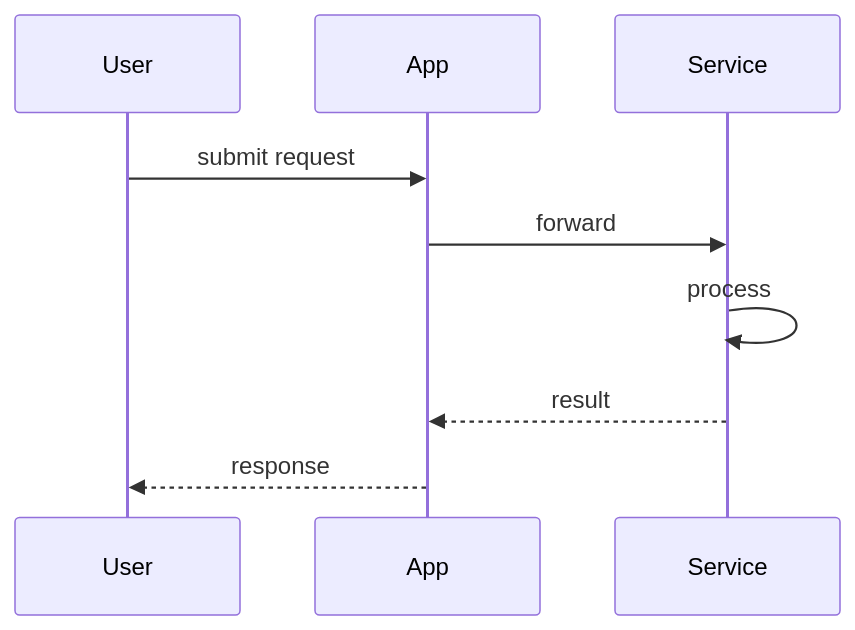
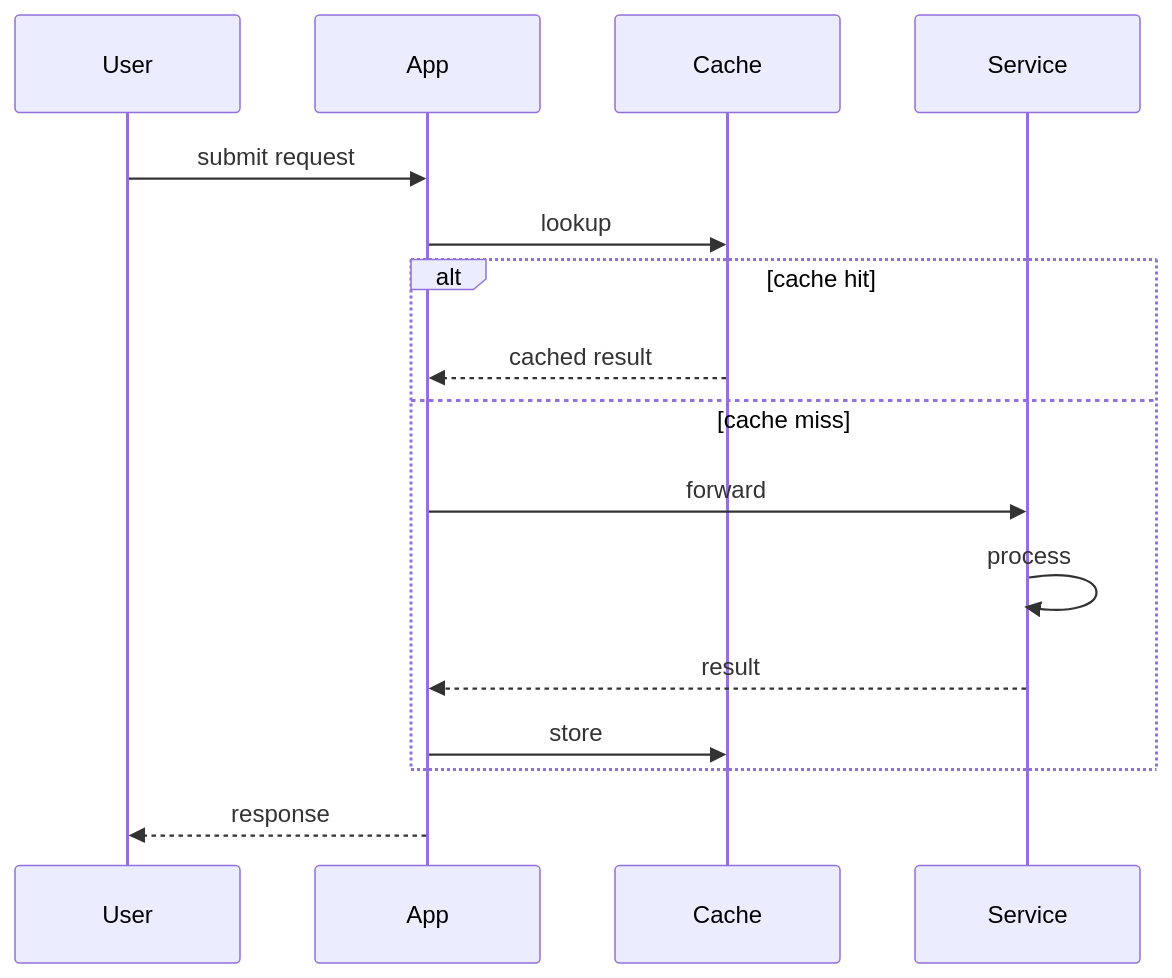
The second of 2 diagrams in test_md_files/sample-design-doc.md (chienyuanchang/rich-diff-comments), drawn with Mermaid before and after one commit. The commit also changed other lines of this file, not shown here.

````diff
--- a/test_md_files/sample-design-doc.md
+++ b/test_md_files/sample-design-doc.md
@@ -74,11 +86,18 @@
 ```mermaid
 sequenceDiagram
     participant U as User
     participant A as App
+    participant C as Cache
     participant S as Service
     U->>A: submit request
-    A->>S: forward
-    S->>S: process
-    S-->>A: result
+    A->>C: lookup
+    alt cache hit
+        C-->>A: cached result
+    else cache miss
+        A->>S: forward
+        S->>S: process
+        S-->>A: result
+        A->>C: store
+    end
     A-->>U: response
 ```
````
